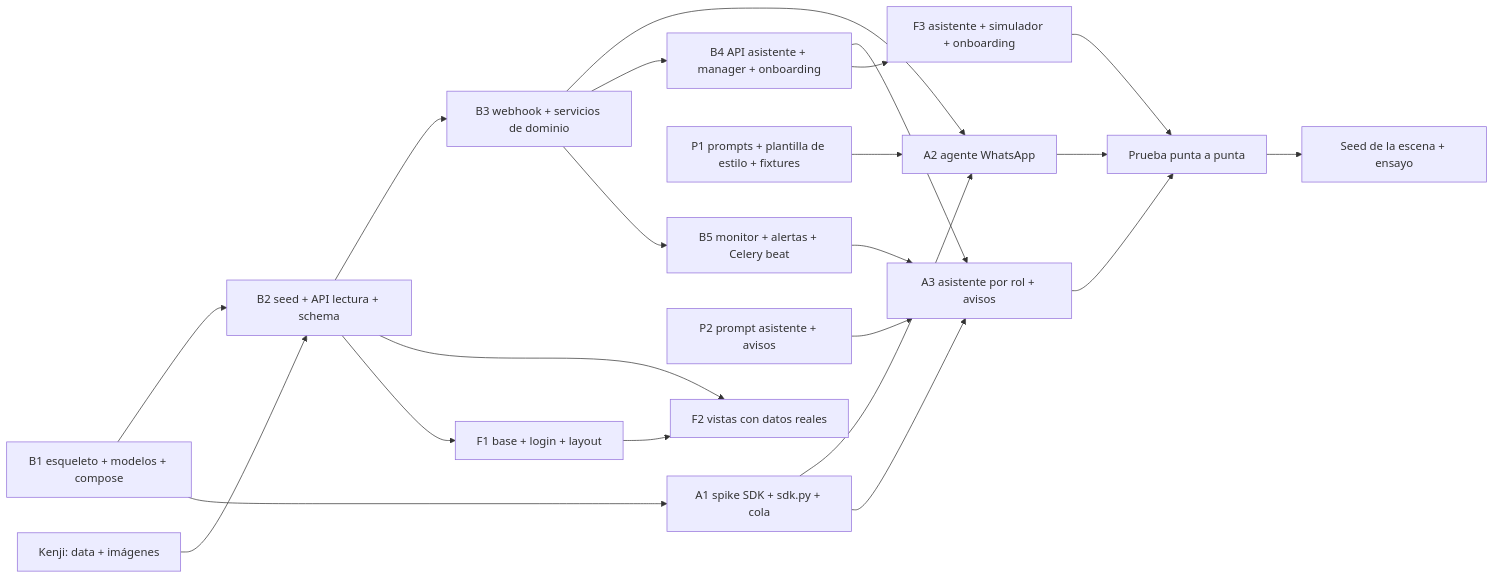
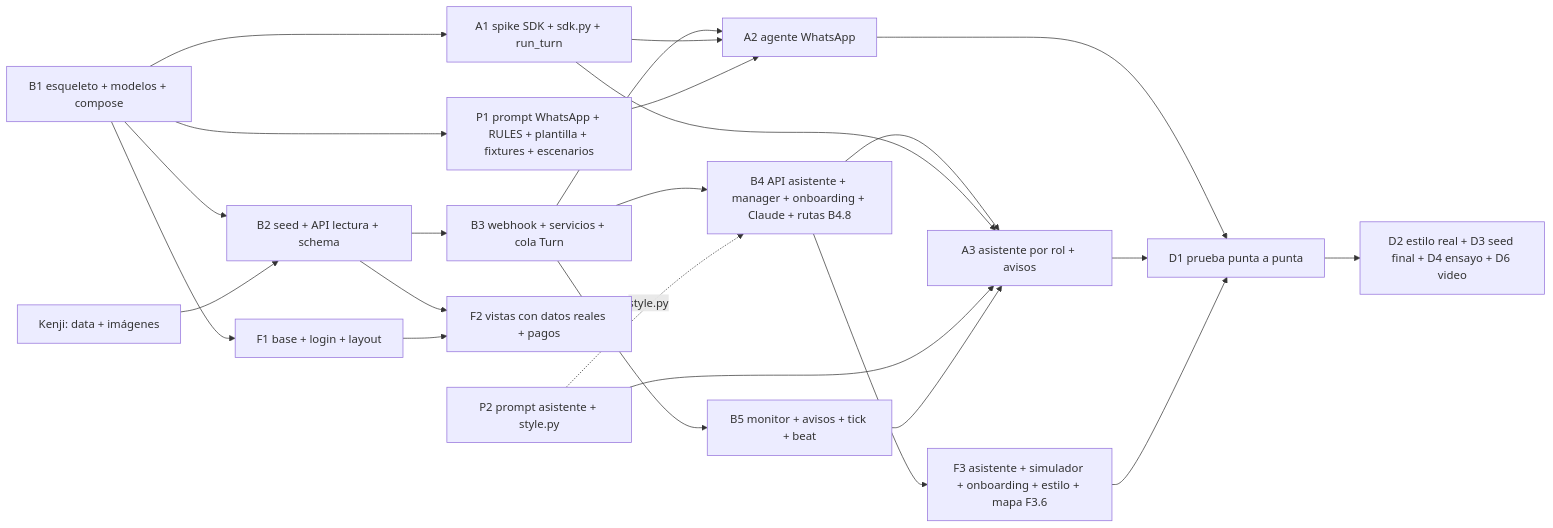
One commit to oscargicast/corpotex changed the diagram in docs/planning.md. Above: the diagram before and after it, drawn with Mermaid. The commit also changed other lines of this file and 3 other files, not shown here.

Commit message:
Technical implementation roadmap per track; doc fixes

````diff
--- a/docs/planning.md
+++ b/docs/planning.md
@@ -45,24 +48,26 @@
 ```mermaid
 flowchart LR
     B1[B1 esqueleto + modelos + compose] --> B2[B2 seed + API lectura + schema]
-    B1 --> A1[A1 spike SDK + sdk.py + cola]
-    B2 --> B3[B3 webhook + servicios de dominio]
-    B2 --> F2[F2 vistas con datos reales]
+    B1 --> A1[A1 spike SDK + sdk.py + run_turn]
+    B1 --> P1[P1 prompt WhatsApp + RULES + plantilla + fixtures + escenarios]
+    B2 --> B3[B3 webhook + servicios + cola Turn]
+    B2 --> F2[F2 vistas con datos reales + pagos]
     B3 --> A2[A2 agente WhatsApp]
     A1 --> A2
-    P1[P1 prompts + plantilla de estilo + fixtures] --> A2
-    B3 --> B4[B4 API asistente + manager + onboarding]
+    P1 --> A2
+    B3 --> B4[B4 API asistente + manager + onboarding + Claude + rutas B4.8]
+    P2[P2 prompt asistente + style.py] -.->|style.py| B4
     B4 --> A3[A3 asistente por rol + avisos]
     A1 --> A3
-    P2[P2 prompt asistente + avisos] --> A3
-    B2 --> F1[F1 base + login + layout]
+    P2 --> A3
+    B1 --> F1[F1 base + login + layout]
     F1 --> F2
-    B4 --> F3[F3 asistente + simulador + onboarding]
+    B4 --> F3[F3 asistente + simulador + onboarding + estilo + mapa F3.6]
     K[Kenji: data + imágenes] --> B2
-    B3 --> B5[B5 monitor + alertas + Celery beat]
+    B3 --> B5[B5 monitor + avisos + tick + beat]
     B5 --> A3
-    A2 --> D1[Prueba punta a punta]
+    A2 --> D1[D1 prueba punta a punta]
     A3 --> D1
     F3 --> D1
-    D1 --> D2[Seed de la escena + ensayo]
+    D1 --> D2[D2 estilo real + D3 seed final + D4 ensayo + D6 video]
 ```
````
